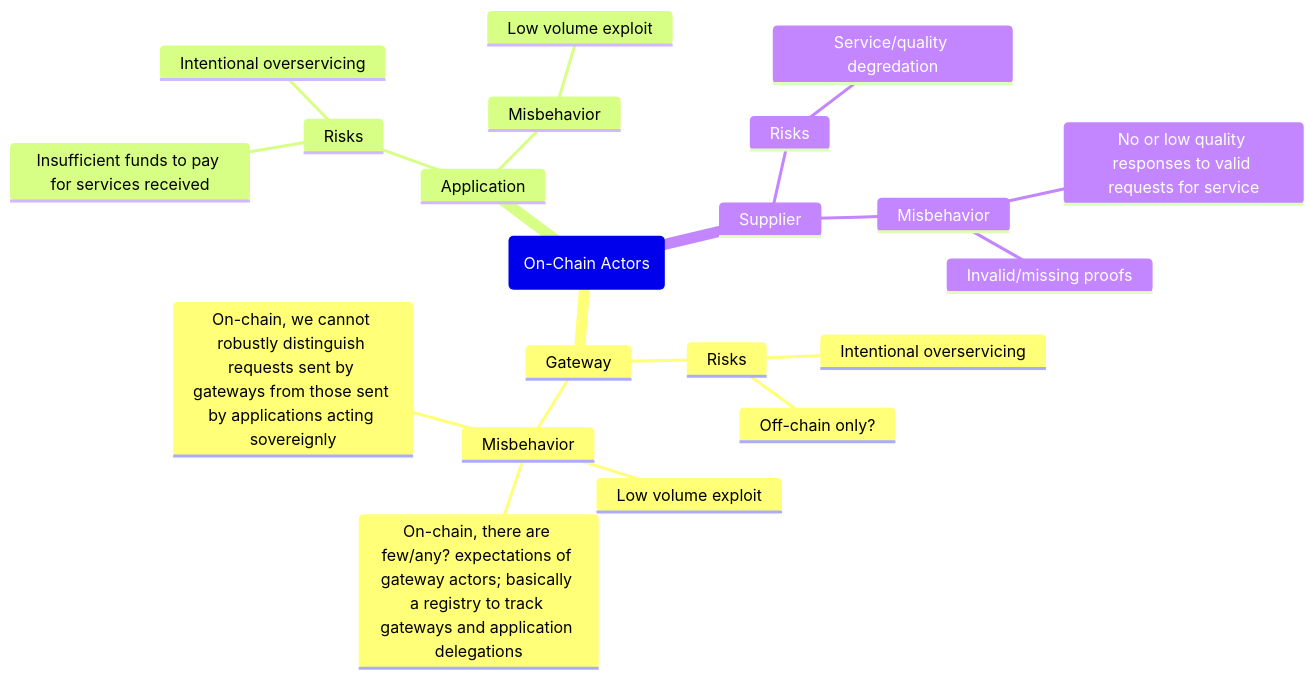
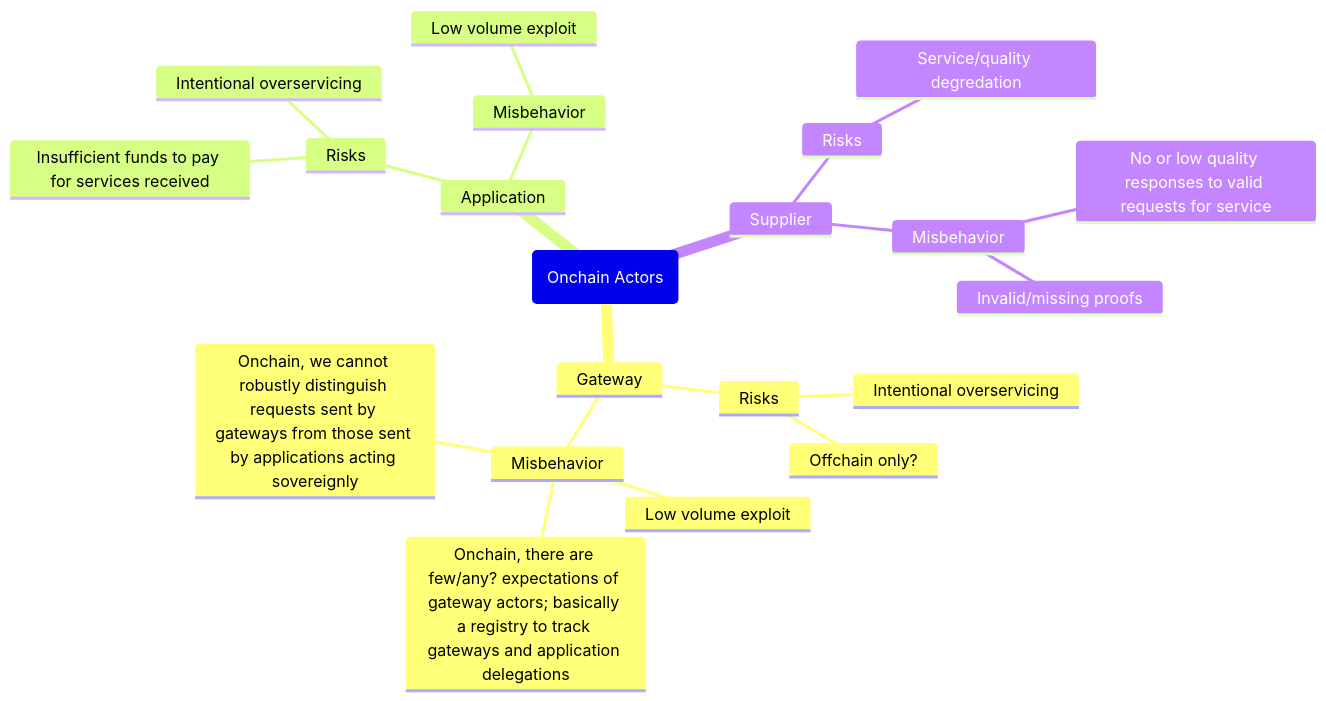
Before and after one commit to pokt-network/poktroll: the second of 2 diagrams in docusaurus/docs/protocol/actors/actors.md, drawn with Mermaid. The commit also changed other lines of this file and 152 other files, not shown here.

Commit message:
chore: Replace on/off-chain with on/offchain

````diff
--- a/docusaurus/docs/protocol/actors/actors.md
+++ b/docusaurus/docs/protocol/actors/actors.md
@@ -65,24 +65,24 @@
 ```mermaid
 mindmap
-    (On-Chain Actors)
+    (Onchain Actors)
         Gateway
             Risks
                 Intentional overservicing
-                Off-chain only?
+                Offchain only?
             Misbehavior
                 Low volume exploit
-                On-chain, there are few/any? expectations of gateway actors; basically a registry to track gateways and application delegations
-                On-chain, we cannot robustly distinguish requests sent by gateways from those sent by applications acting sovereignly
+                Onchain, there are few/any? expectations of gateway actors; basically a registry to track gateways and application delegations
+                Onchain, we cannot robustly distinguish requests sent by gateways from those sent by applications acting sovereignly
         Application
             Risks
                 Insufficient funds to pay for services received
                 Intentional overservicing
             Misbehavior
                 Low volume exploit
         Supplier
             Risks
                 Service/quality degredation
             Misbehavior
                 No or low quality responses to valid requests for service
                 Invalid/missing proofs
 ```
````
